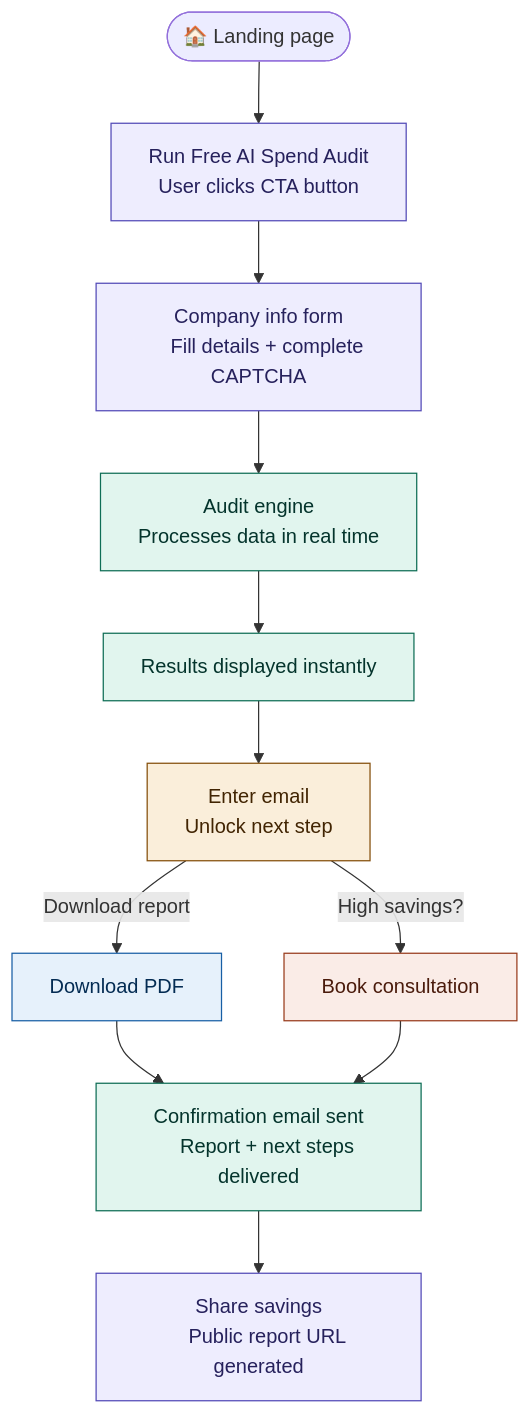
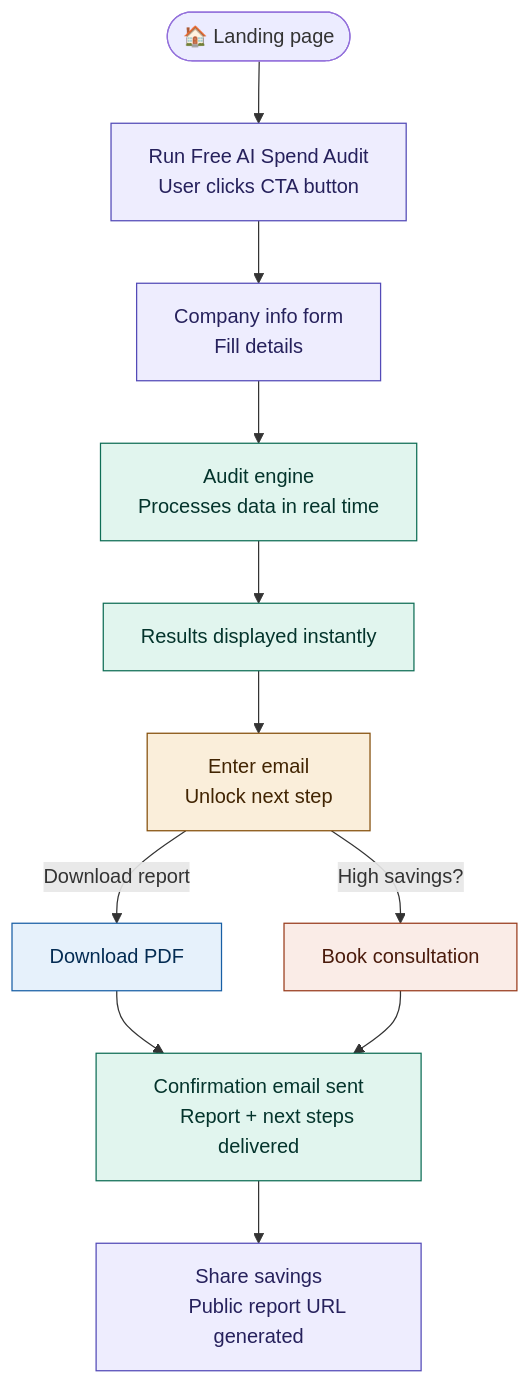
Before and after one commit to shubhamnar93/SpendLens: the first of 4 diagrams in ARCHITECTURE.md, drawn with Mermaid. The commit also changed other lines of this file and 13 other files, not shown here.

````diff
--- a/ARCHITECTURE.md
+++ b/ARCHITECTURE.md
@@ -208,49 +124,49 @@
 ```mermaid
 flowchart TD
     A([🏠 Landing page]) --> B
 
     B["Run Free AI Spend Audit
     User clicks CTA button"]:::userAction
 
     B --> C
 
     C["Company info form
-    Fill details + complete CAPTCHA"]:::userAction
+    Fill details"]:::userAction
 
     C --> D
 
     D["Audit engine
     Processes data in real time"]:::system
 
     D --> E
 
     E["Results displayed instantly"]:::system
 
     E --> F
 
     F["Enter email
     Unlock next step"]:::gate
 
     F -->|Download report| G
     F -->|High savings?| H
 
     G["Download PDF"]:::download
     H["Book consultation"]:::consult
 
     G --> I
     H --> I
 
     I["Confirmation email sent
     Report + next steps delivered"]:::system
 
     I --> J
 
     J["Share savings
     Public report URL generated"]:::userAction
 
     classDef userAction fill:#EEEDFE,stroke:#534AB7,color:#26215C
     classDef system    fill:#E1F5EE,stroke:#0F6E56,color:#04342C
     classDef gate      fill:#FAEEDA,stroke:#854F0B,color:#412402
     classDef download  fill:#E6F1FB,stroke:#185FA5,color:#042C53
     classDef consult   fill:#FAECE7,stroke:#993C1D,color:#4A1B0C
 ```
````
